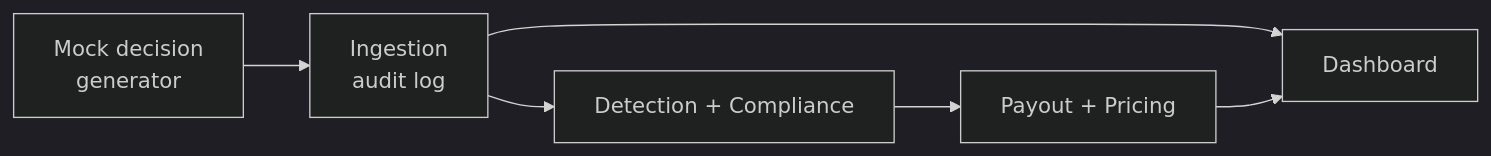
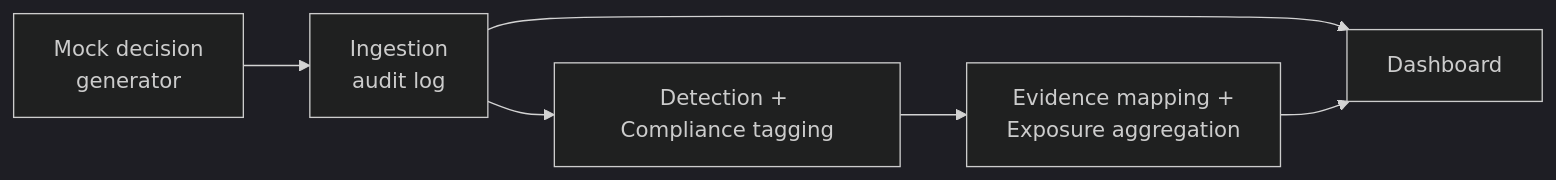
The diagram in README.md (DJ-Joshi11/aegis), drawn with Mermaid (dark theme) before and after one commit. The commit also changed other lines of this file and 41 other files, not shown here.

Commit message:
pivot: reframe AEGIS as an exposure-and-coverage evidence mapper

````diff
--- a/README.md
+++ b/README.md
@@ -102,8 +118,8 @@
 ```mermaid
 flowchart LR
   A[Mock decision<br/>generator] --> B[Ingestion<br/>audit log]
-  B --> C[Detection + Compliance]
-  C --> D[Payout + Pricing]
+  B --> C[Detection + Compliance tagging]
+  C --> D[Evidence mapping +<br/>Exposure aggregation]
   B --> E[Dashboard]
   D --> E
 ```
````
